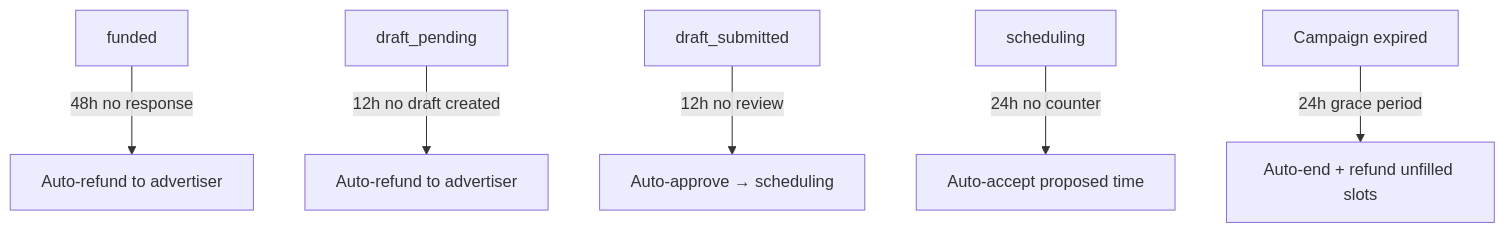
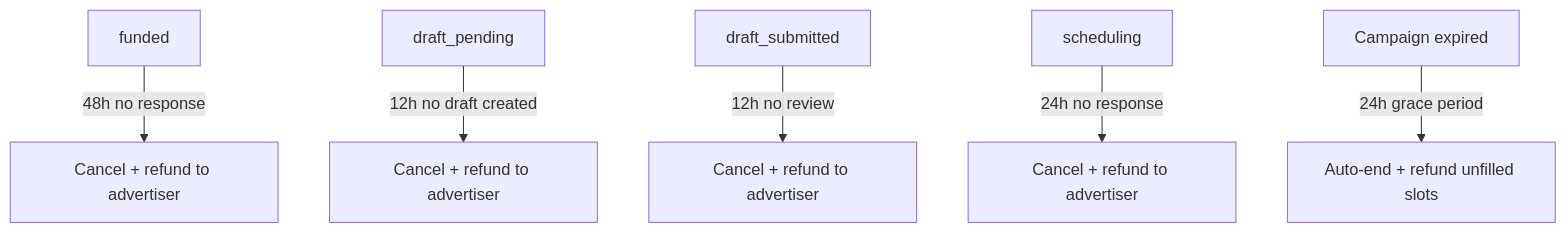
One commit to Dannyjay-hub/telegram-ads-mvp changed diagram 12 of 12 in README.md. Above: the diagram before and after it, drawn with Mermaid. The commit also changed other lines of this file and 2 other files, not shown here.

First line of the commit message:
fix: change deal timeouts from auto-accept to cancel+refund

````diff
--- a/README.md
+++ b/README.md
@@ -913,8 +913,8 @@
 ```mermaid
 flowchart TD
-    F[funded] -->|48h no response| R1[Auto-refund to advertiser]
-    DP[draft_pending] -->|12h no draft created| R2[Auto-refund to advertiser]
-    DS[draft_submitted] -->|12h no review| AA[Auto-approve → scheduling]
-    SCH[scheduling] -->|24h no counter| AT[Auto-accept proposed time]
+    F[funded] -->|48h no response| R1[Cancel + refund to advertiser]
+    DP[draft_pending] -->|12h no draft created| R2[Cancel + refund to advertiser]
+    DS[draft_submitted] -->|12h no review| R3[Cancel + refund to advertiser]
+    SCH[scheduling] -->|24h no response| R4[Cancel + refund to advertiser]
     EXP[Campaign expired] -->|24h grace period| END["Auto-end + refund unfilled slots"]
 ```
````
